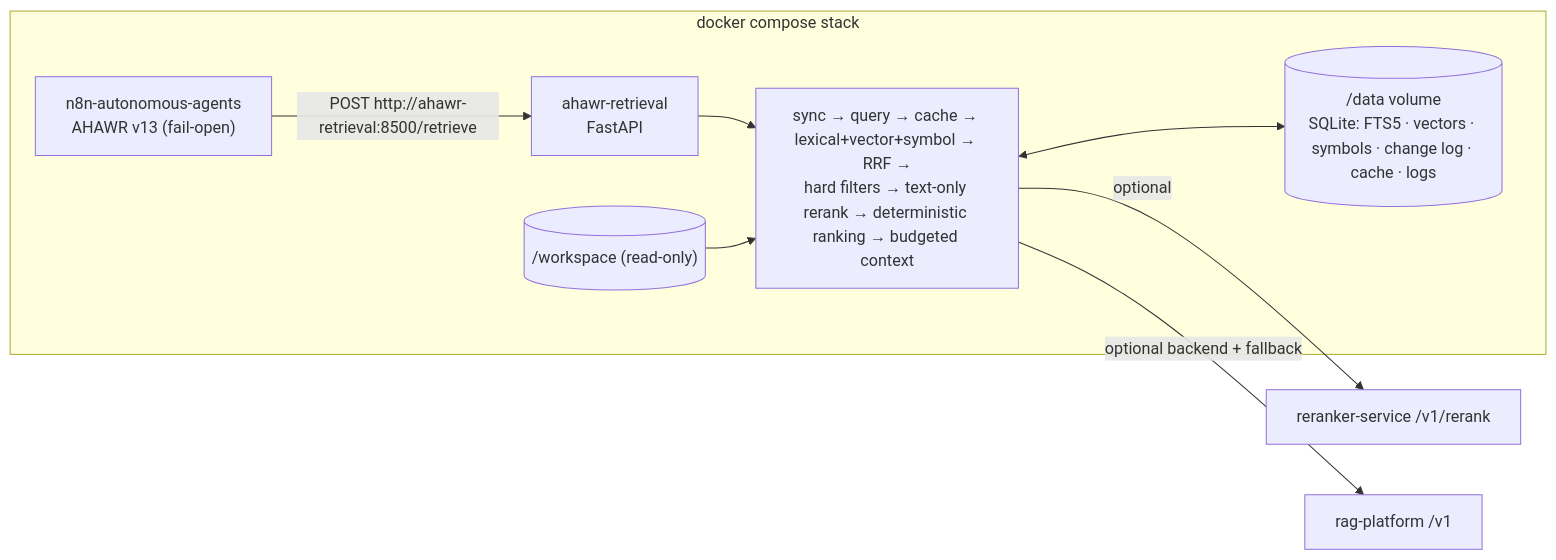
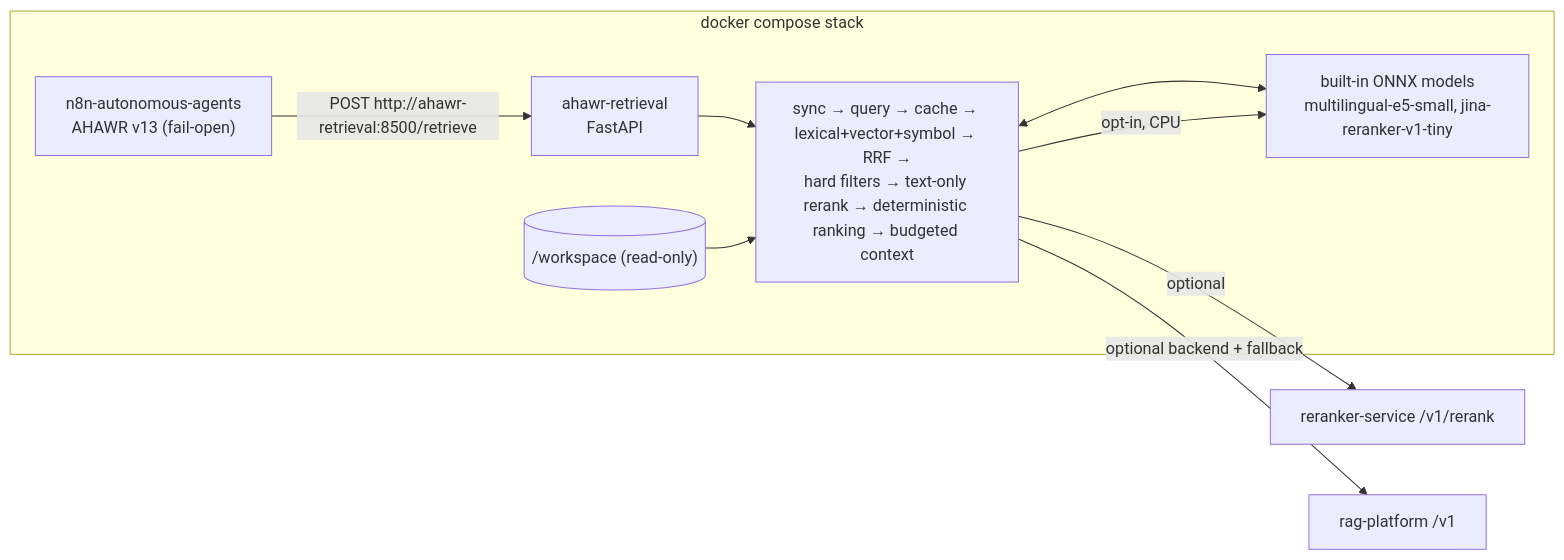
One commit to Sa1avatus/n8n-agent-orchestrator changed the diagram in retrieval-service/README.md. Above: the diagram before and after it, drawn with Mermaid. The commit also changed other lines of this file and 19 other files, not shown here.

First line of the commit message:
Built-in CPU embedder and reranker for ahawr-retrieval; 8 chunks per file

````diff
--- a/retrieval-service/README.md
+++ b/retrieval-service/README.md
@@ -7,11 +7,12 @@
 ```mermaid
 flowchart LR
     subgraph STACK["docker compose stack"]
         N8N["n8n-autonomous-agents<br/>AHAWR v13 (fail-open)"] -->|"POST http://ahawr-retrieval:8500/retrieve"| API["ahawr-retrieval<br/>FastAPI"]
         API --> P["sync → query → cache → lexical+vector+symbol → RRF →<br/>hard filters → text-only rerank → deterministic ranking → budgeted context"]
         P <--> L[("/data volume<br/>SQLite: FTS5 · vectors · symbols · change log · cache · logs")]
         WS[("/workspace (read-only)")] --> P
     end
     P -->|optional| R["reranker-service /v1/rerank"]
+    P -->|opt-in, CPU| L["built-in ONNX models<br/>multilingual-e5-small, jina-reranker-v1-tiny"]
     P -->|optional backend + fallback| RAG["rag-platform /v1"]
 ```
````
